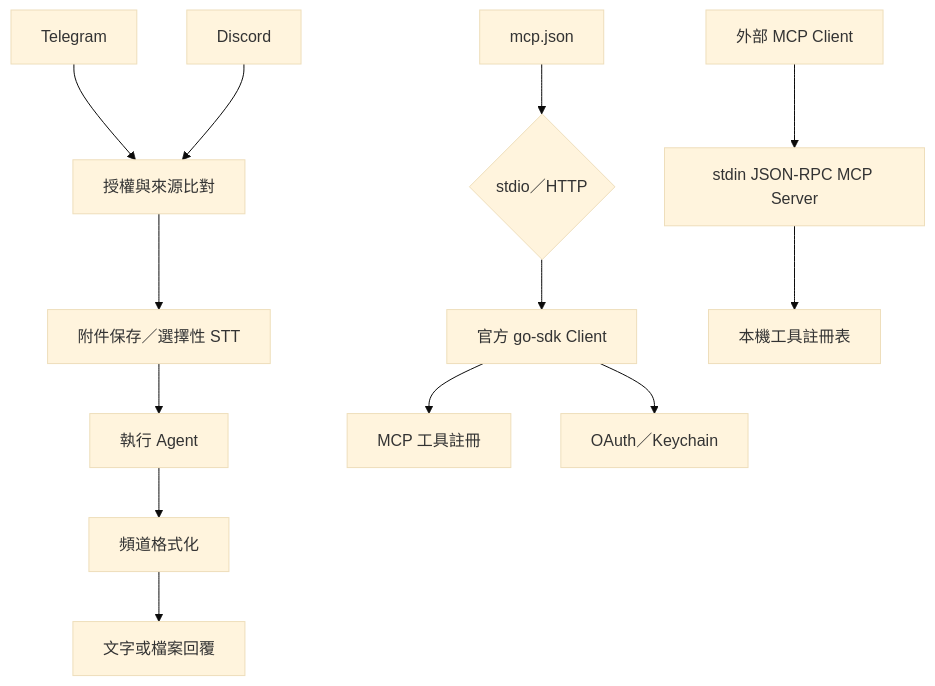
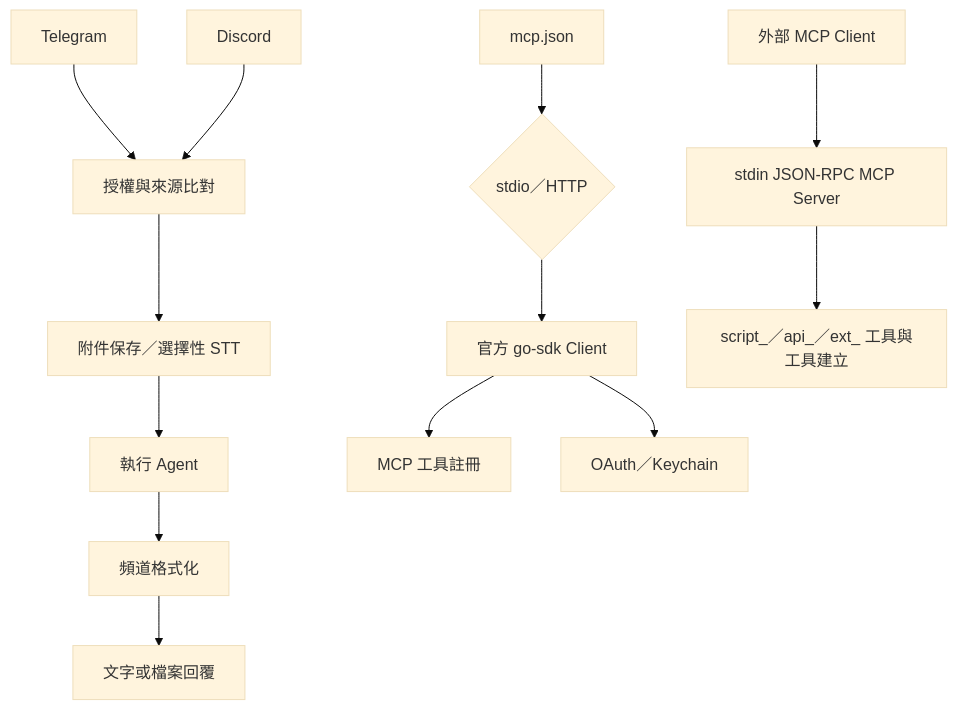
The seventh of 9 diagrams in doc/architecture.zh.md (agenvoy/Agenvoy), drawn with Mermaid (base theme) before and after one commit. The commit also changed other lines of this file and 3 other files, not shown here.

Commit message:
doc: Update architecture and runtime documentation

````diff
--- a/doc/architecture.zh.md
+++ b/doc/architecture.zh.md
@@ -135,16 +139,16 @@
 ```mermaid
 graph TB
     Telegram[Telegram] --> Auth[授權與來源比對]
     Discord[Discord] --> Auth
     Auth --> Attachments[附件保存／選擇性 STT]
     Attachments --> ChatExec[執行 Agent]
     ChatExec --> Format[頻道格式化]
     Format --> Reply[文字或檔案回覆]
 
     MCPConfig[mcp.json] --> Transport{stdio／HTTP}
     Transport --> MCPClient[官方 go-sdk Client]
     MCPClient --> RemoteTools[MCP 工具註冊]
     MCPClient --> OAuth[OAuth／Keychain]
     External[外部 MCP Client] --> LocalMCP[stdin JSON-RPC MCP Server]
-    LocalMCP --> Registry[本機工具註冊表]
+    LocalMCP --> ToolBox[script_／api_／ext_ 工具與工具建立]
 ```
````
